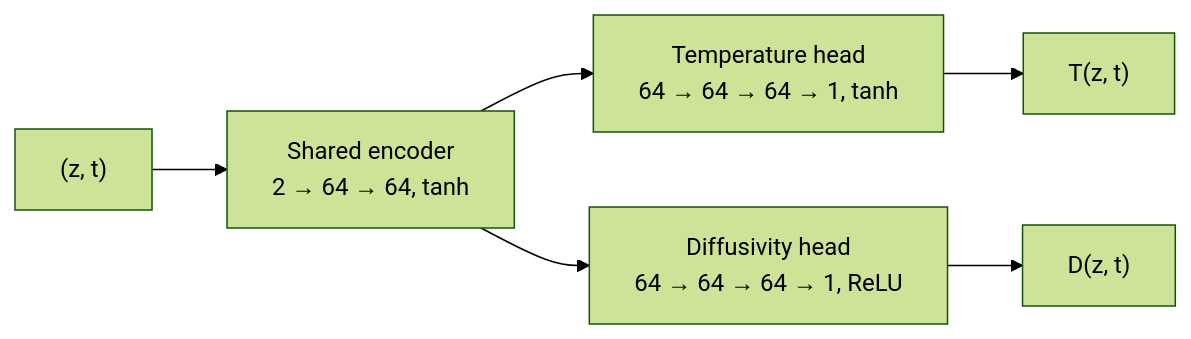
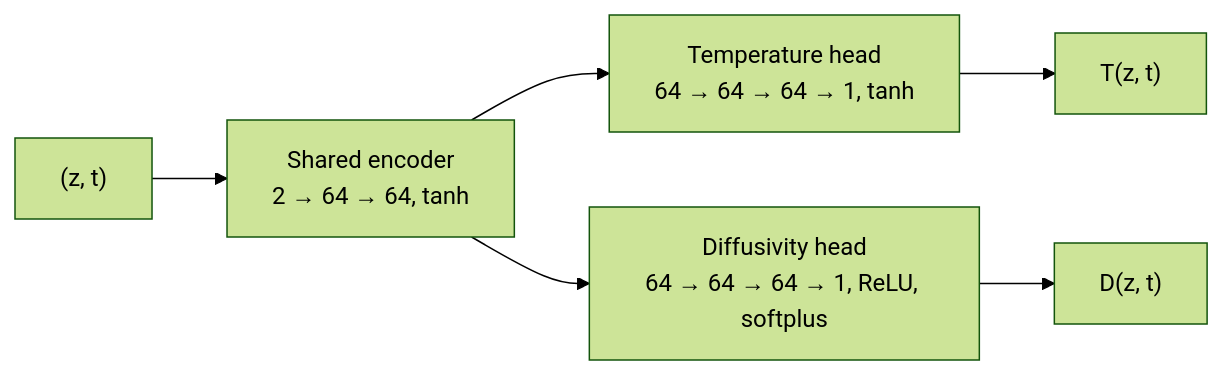
Before and after one commit to sahridkancherla/ocean-diffusion-pinn: the diagram in README.md, drawn with Mermaid (forest theme). The commit also changed other lines of this file and 18 other files, not shown here.

````diff
--- a/README.md
+++ b/README.md
@@ -26,6 +27,6 @@
 ```mermaid
 flowchart LR
     in["(z, t)"] --> enc["Shared encoder<br/>2 → 64 → 64, tanh"]
     enc --> th["Temperature head<br/>64 → 64 → 64 → 1, tanh"] --> T["T(z, t)"]
-    enc --> dh["Diffusivity head<br/>64 → 64 → 64 → 1, ReLU"] --> D["D(z, t)"]
+    enc --> dh["Diffusivity head<br/>64 → 64 → 64 → 1, ReLU, softplus"] --> D["D(z, t)"]
 ```
````
